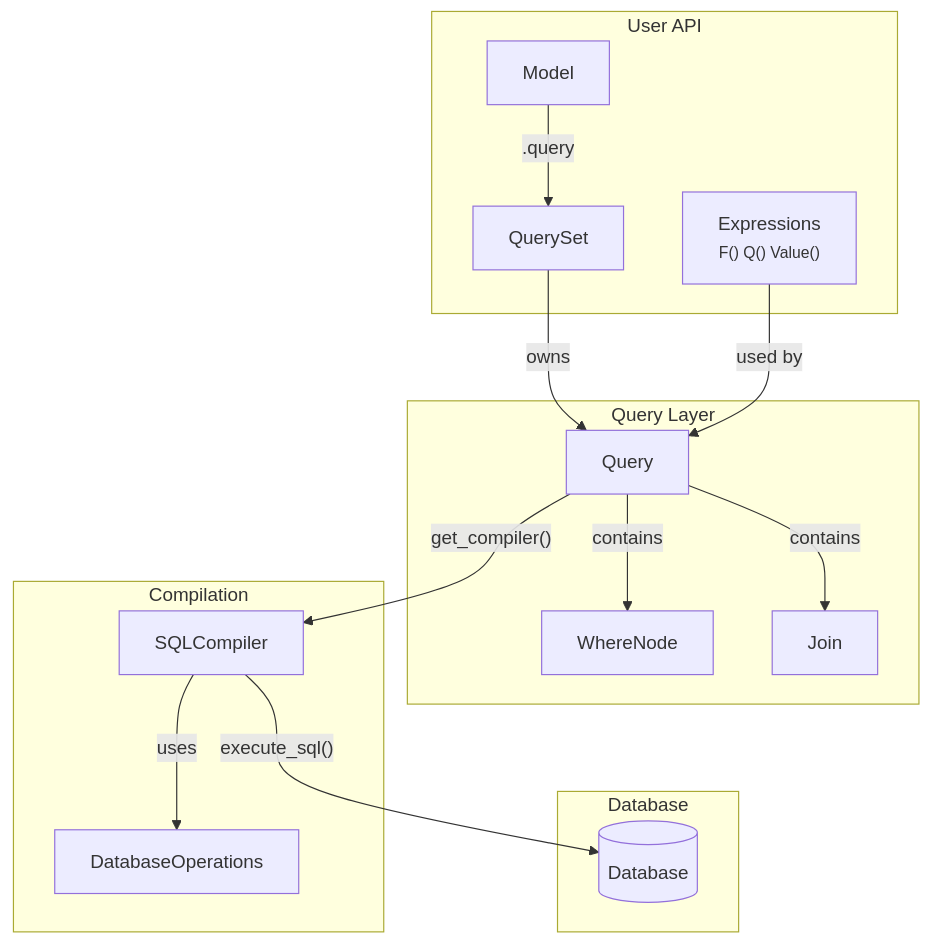
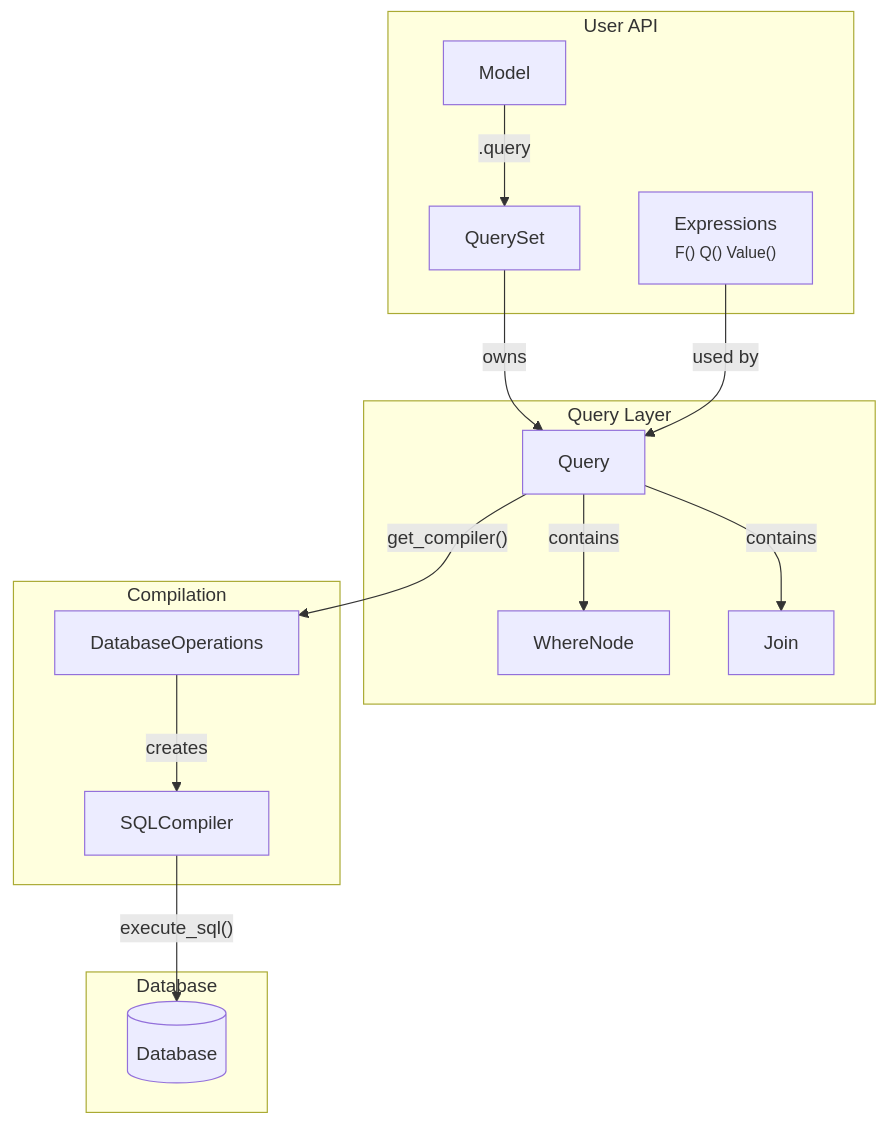
One commit to dropseed/plain changed the diagram in plain-models/plain/models/README.md. Above: the diagram before and after it, drawn with Mermaid. The commit also changed other lines of this file and 7 other files, not shown here.

Commit message:
Simplify Query/Compiler architecture: move compiler selection to DatabaseOperations

````diff
--- a/plain-models/plain/models/README.md
+++ b/plain-models/plain/models/README.md
@@ -503,32 +503,32 @@
 ```mermaid
 graph TB
     subgraph "User API"
         Model["Model"]
         QS["QuerySet"]
         Expr["Expressions<br/><small>F() Q() Value()</small>"]
     end
 
     subgraph "Query Layer"
         Query["Query"]
         Where["WhereNode"]
         Join["Join"]
     end
 
     subgraph "Compilation"
+        Ops["DatabaseOperations"]
         Compiler["SQLCompiler"]
-        Ops["DatabaseOperations"]
     end
 
     subgraph "Database"
         DB[(Database)]
     end
 
     Model -- ".query" --> QS
     QS -- "owns" --> Query
     Expr -- "used by" --> Query
     Query -- "contains" --> Where
     Query -- "contains" --> Join
-    Query -- "get_compiler()" --> Compiler
-    Compiler -- "uses" --> Ops
+    Query -- "get_compiler()" --> Ops
+    Ops -- "creates" --> Compiler
     Compiler -- "execute_sql()" --> DB
 ```
````
